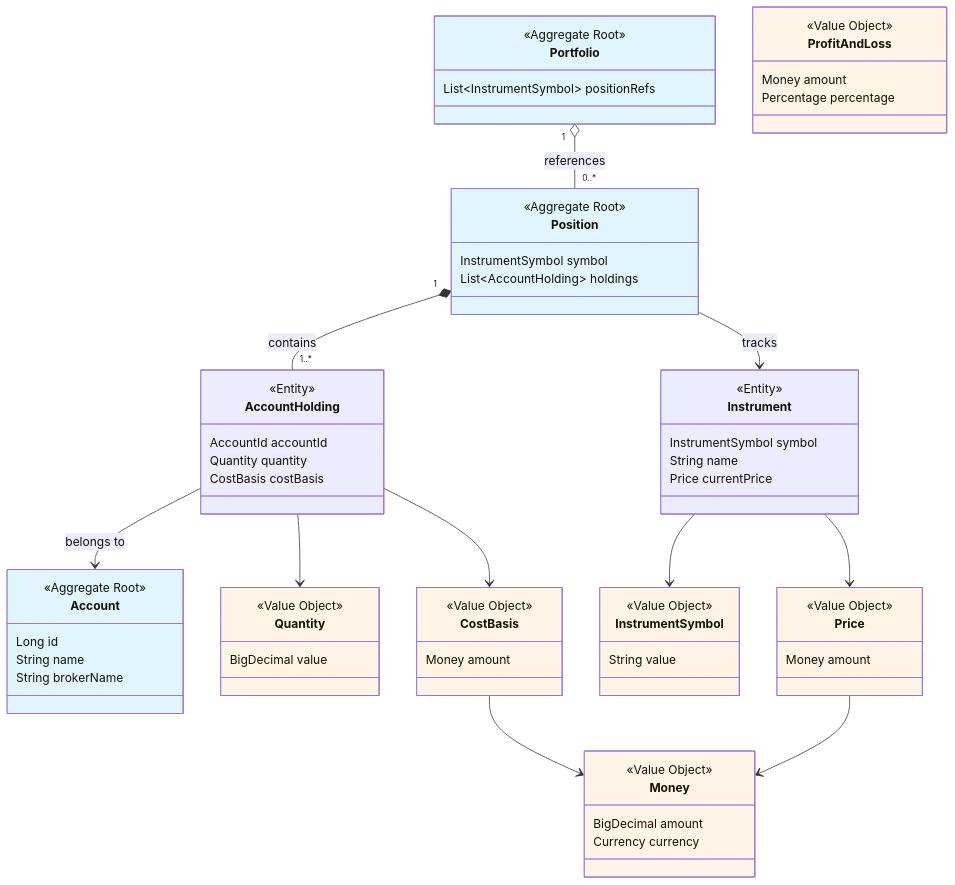
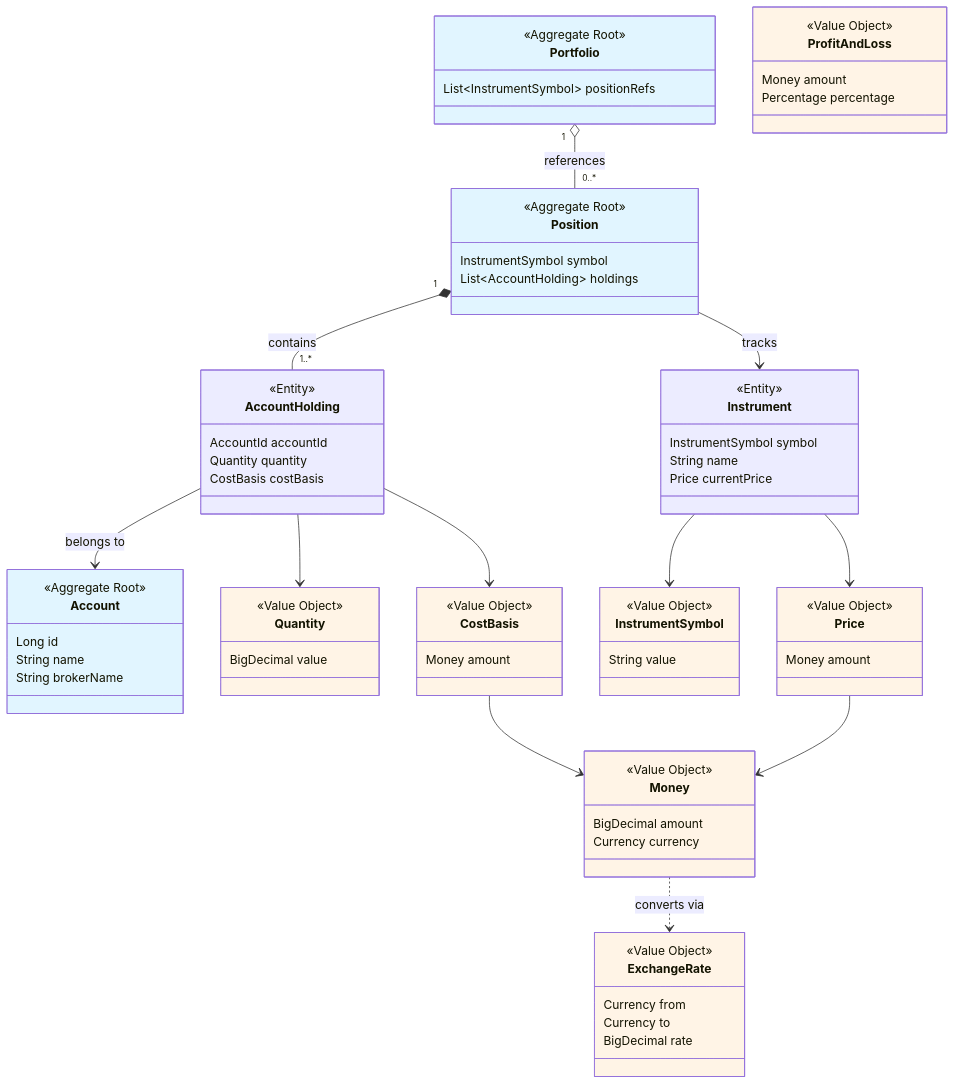
One commit to rzodkiewiczmichal/investments-tracker changed the diagram in docs/diagrams/domain-model.md. Above: the diagram before and after it, drawn with Mermaid. The commit also changed 24 other files, not shown here.

````diff
--- a/docs/diagrams/domain-model.md
+++ b/docs/diagrams/domain-model.md
@@ -70,6 +70,13 @@
         String value
     }
 
+    class ExchangeRate {
+        <<Value Object>>
+        Currency from
+        Currency to
+        BigDecimal rate
+    }
+
     %% Relationships
     Position "1" *-- "1..*" AccountHolding : contains
     Portfolio "1" o-- "0..*" Position : references
@@ -83,6 +90,7 @@
 
     Price --> Money
     CostBasis --> Money
+    Money ..> ExchangeRate : converts via
 
     %% Styling
     style Position fill:#e1f5ff
@@ -94,4 +102,5 @@
     style CostBasis fill:#fff4e6
     style ProfitAndLoss fill:#fff4e6
     style InstrumentSymbol fill:#fff4e6
+    style ExchangeRate fill:#fff4e6
 ```
````
